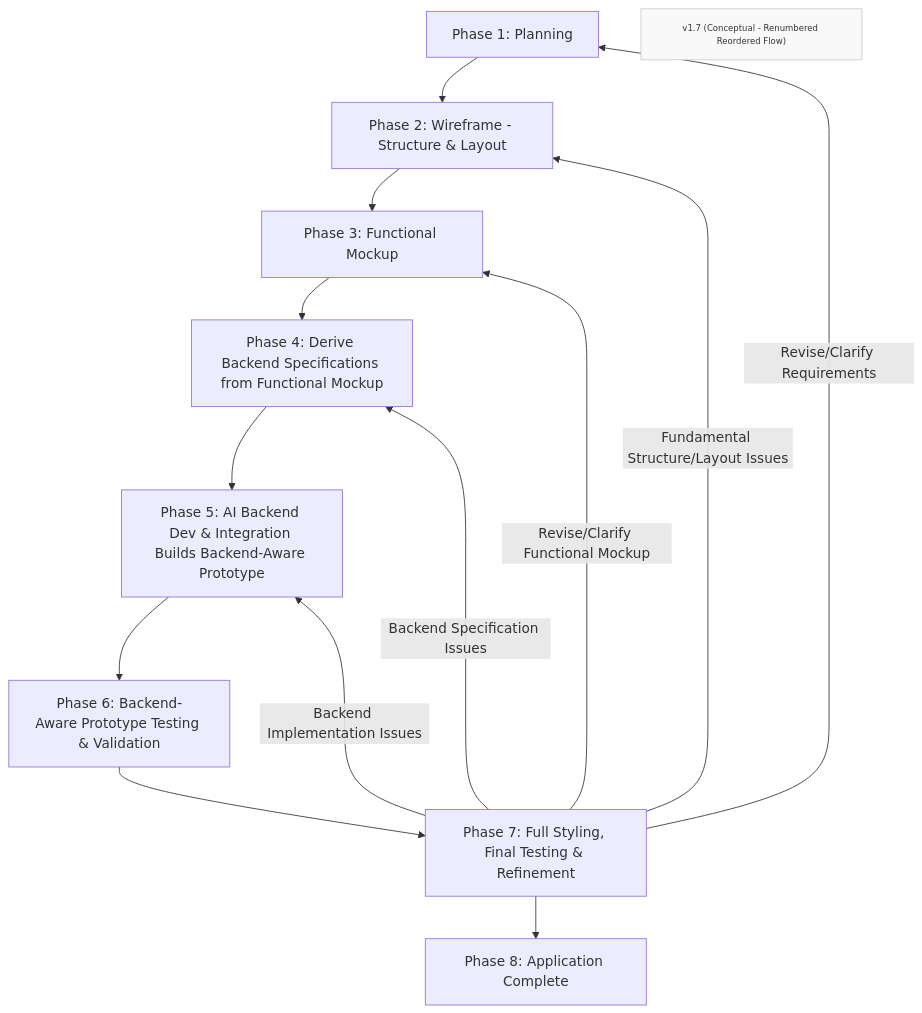
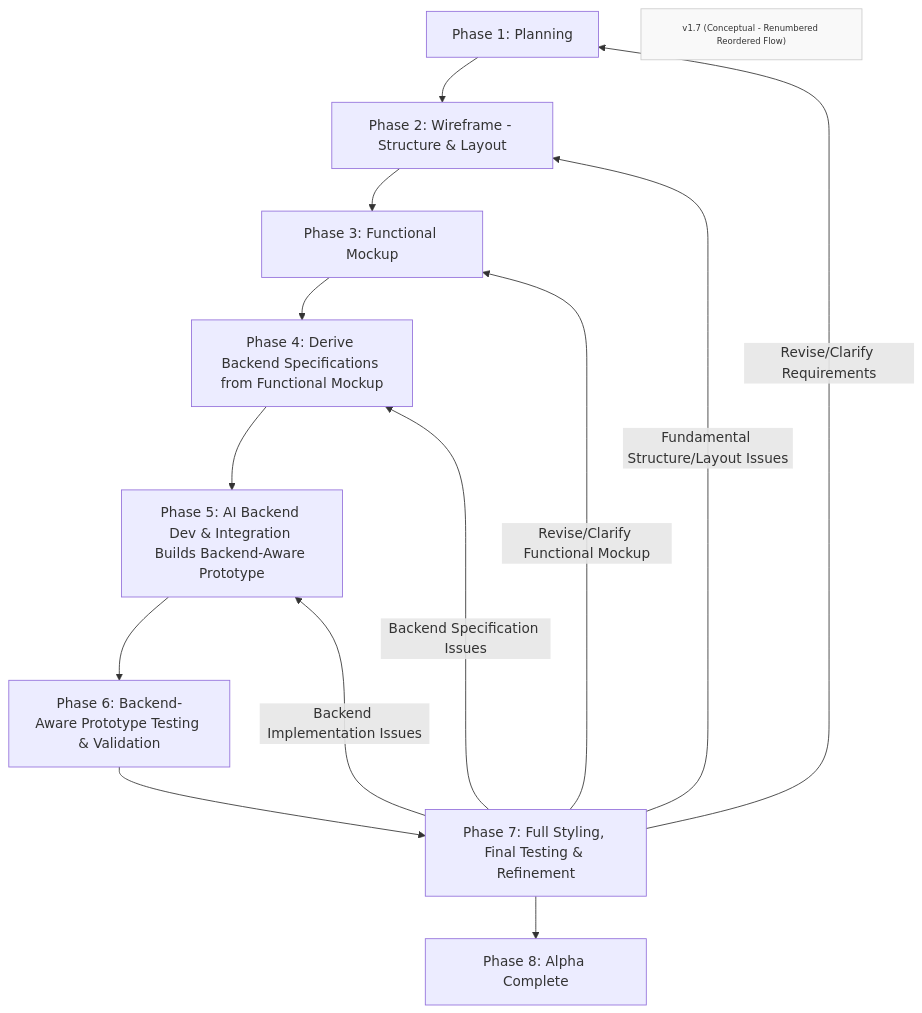
One commit to Mharbulous/Front-First-Method changed the diagram in Phases/FF-overview.md. Above: the diagram before and after it, drawn with Mermaid.

Commit message:
Refined endpoint for Overview diagram --> Alpha

````diff
--- a/Phases/FF-overview.md
+++ b/Phases/FF-overview.md
@@ -1,22 +1,22 @@
 ```mermaid
 graph TD
     Phase1["Phase 1: Planning"] --> Phase2["Phase 2: Wireframe - Structure & Layout"]
     Phase2 --> Phase3["Phase 3: Functional Mockup"]
     Phase3 --> Phase4["Phase 4: Derive Backend Specifications from Functional Mockup"]
     Phase4 --> Phase5["Phase 5: AI Backend Dev & Integration Builds Backend-Aware Prototype"]
     Phase5 --> Phase6["Phase 6: Backend-Aware Prototype Testing & Validation"]
     Phase6 --> Phase7["Phase 7: Full Styling, Final Testing & Refinement"]
-    Phase7 --> Phase8["Phase 8: Application Complete"]
+    Phase7 --> Phase8["Phase 8: Alpha Complete"]
     
     Phase7 -->|Revise/Clarify Requirements| Phase1
     Phase7 -->|Fundamental Structure/Layout Issues| Phase2
     Phase7 -->|Revise/Clarify Functional Mockup| Phase3
     Phase7 -->|Backend Specification Issues| Phase4
     Phase7 -->|Backend Implementation Issues| Phase5            
     
     
 
     VersionInfo["v1.7 (Conceptual - Renumbered Reordered Flow)"]
     classDef version fill:#f9f9f9,stroke:#ccc,font-size:10px;
     class VersionInfo version
 ```
````
